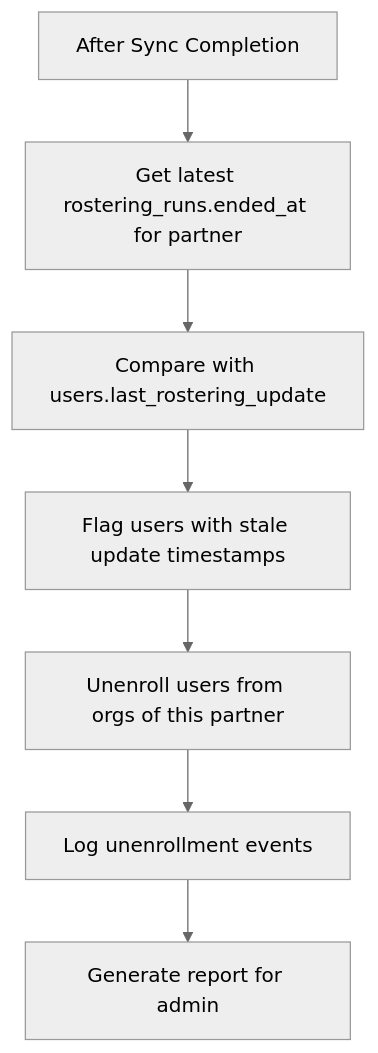
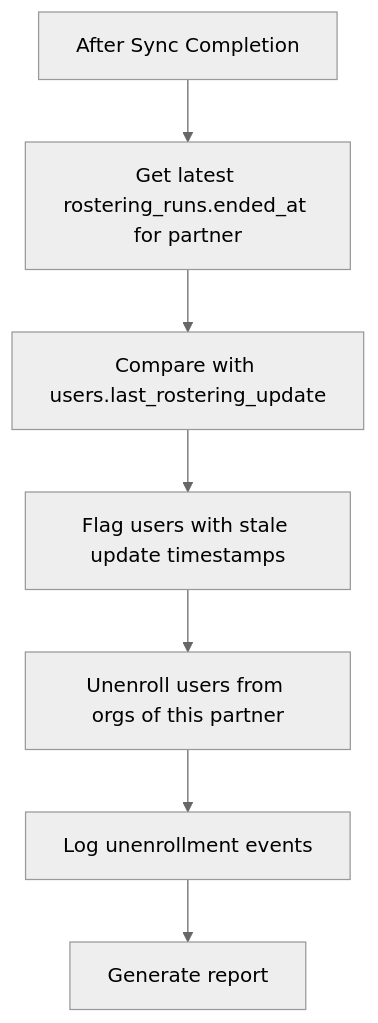
The third of 4 diagrams in docs/developer/tech-specs/backend/rostering-integration.md (yeatmanlab/roar-docs), drawn with Mermaid (neutral theme) before and after one commit. The commit also changed other lines of this file, not shown here.

Commit message:
Add rostering validation flow

````diff
--- a/docs/developer/tech-specs/backend/rostering-integration.md
+++ b/docs/developer/tech-specs/backend/rostering-integration.md
@@ -65,9 +65,9 @@
 ```mermaid
 graph TD
   A[After Sync Completion] --> B[Get latest rostering_runs.ended_at for partner]
   B --> C[Compare with users.last_rostering_update]
   C --> D[Flag users with stale update timestamps]
   D --> E[Unenroll users from orgs of this partner]
   E --> F[Log unenrollment events]
-  F --> G[Generate report for admin]
+  F --> G[Generate report]
 ```
````
